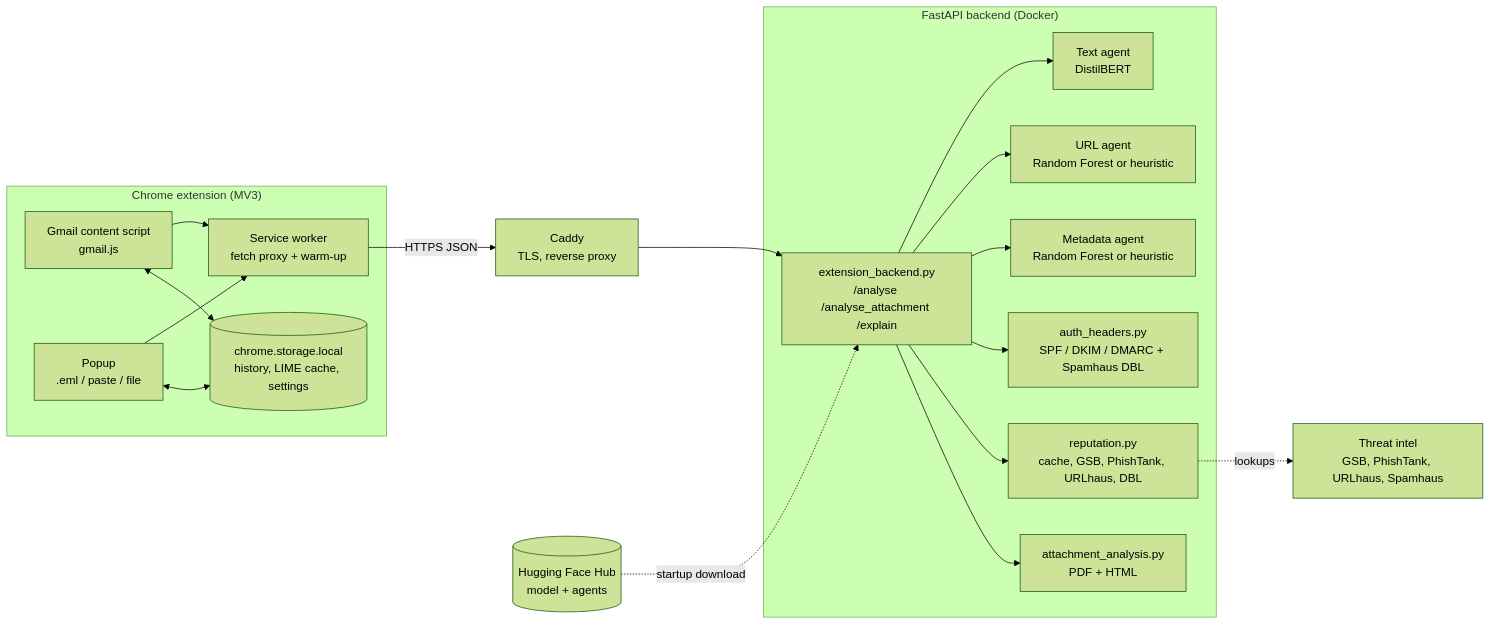
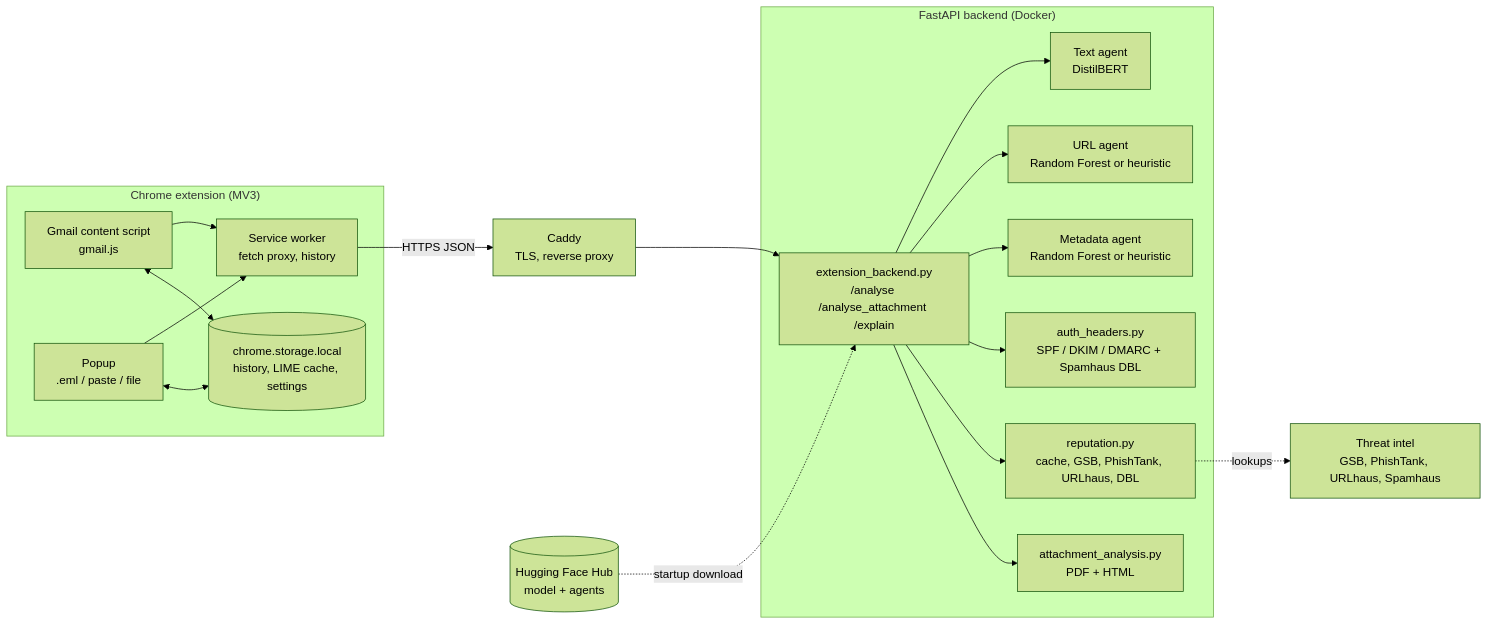
One commit to AnzouK/PhishLens changed the first of 4 diagrams in docs/architecture.md. Above: the diagram before and after it, drawn with Mermaid (forest theme). The commit also changed 21 other files, not shown here.

````diff
--- a/docs/architecture.md
+++ b/docs/architecture.md
@@ -11,28 +11,28 @@
 ```mermaid
 flowchart LR
     subgraph Browser["Chrome extension (MV3)"]
         CS["Gmail content script<br/>gmail.js"]
         PU["Popup<br/>.eml / paste / file"]
-        BG["Service worker<br/>fetch proxy + warm-up"]
+        BG["Service worker<br/>fetch proxy, history"]
         ST[("chrome.storage.local<br/>history, LIME cache, settings")]
         CS --> BG
         PU --> BG
         PU <--> ST
         CS <--> ST
     end
 
     subgraph Server["FastAPI backend (Docker)"]
         API["extension_backend.py<br/>/analyse /analyse_attachment /explain"]
         TXT["Text agent<br/>DistilBERT"]
         URL["URL agent<br/>Random Forest or heuristic"]
         META["Metadata agent<br/>Random Forest or heuristic"]
         AUTH["auth_headers.py<br/>SPF / DKIM / DMARC + Spamhaus DBL"]
         REP["reputation.py<br/>cache, GSB, PhishTank, URLhaus, DBL"]
         ATT["attachment_analysis.py<br/>PDF + HTML"]
         API --> TXT & URL & META & AUTH & REP & ATT
     end
 
     BG -- "HTTPS JSON" --> Caddy["Caddy<br/>TLS, reverse proxy"] --> API
     HF[("Hugging Face Hub<br/>model + agents")] -. "startup download" .-> API
     REP -. "lookups" .-> Intel["Threat intel<br/>GSB, PhishTank, URLhaus, Spamhaus"]
 ```
````
